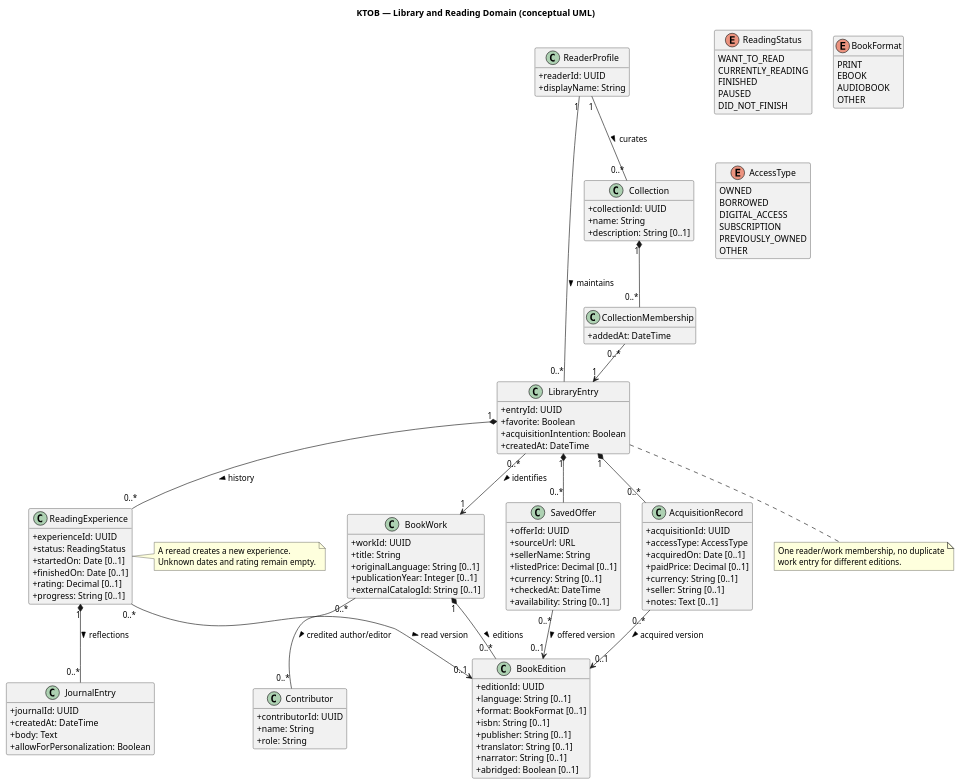
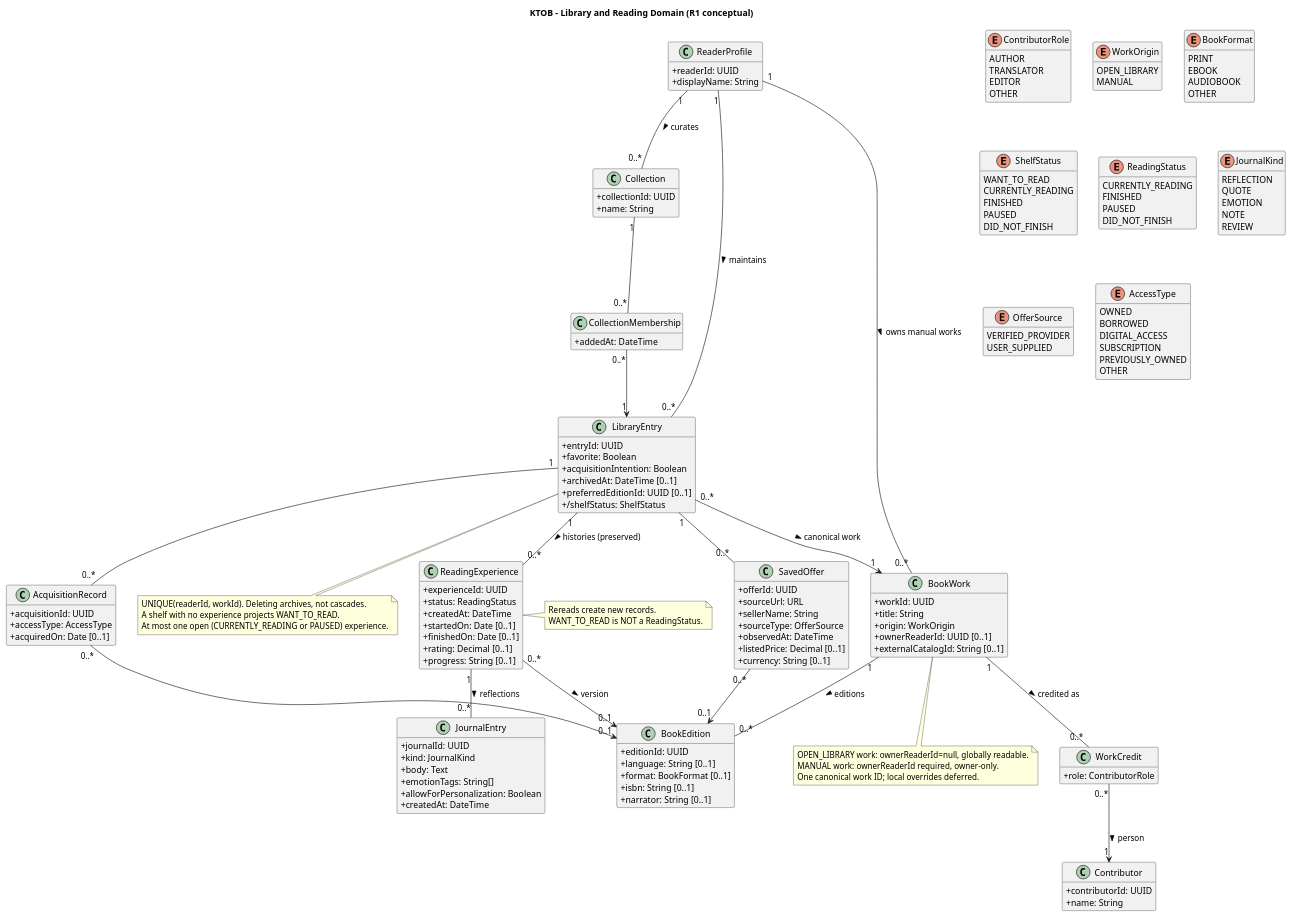
Before and after one commit to Adam-BArbia/ktob-literary-companion: the diagram in docs/uml/02-domain-library.puml, drawn with PlantUML. The commit also changed 15 other files, not shown here.

Commit message:
docs(uml): reconcile consent, reading, ownership, offers and export across 16 diagrams

```diff
--- a/docs/uml/02-domain-library.puml
+++ b/docs/uml/02-domain-library.puml
@@ -1,121 +1,155 @@
 @startuml KTOB_02_domain_library
-title KTOB — Library and Reading Domain (conceptual UML)
+title KTOB - Library and Reading Domain (R1 conceptual)
 hide empty methods
 skinparam classAttributeIconSize 0
 class ReaderProfile {
  +readerId: UUID
  +displayName: String
 }
 class BookWork {
  +workId: UUID
  +title: String
- +originalLanguage: String [0..1]
- +publicationYear: Integer [0..1]
+ +origin: WorkOrigin
+ +ownerReaderId: UUID [0..1]
  +externalCatalogId: String [0..1]
 }
 class Contributor {
  +contributorId: UUID
  +name: String
- +role: String
+}
+class WorkCredit {
+ +role: ContributorRole
+}
+enum ContributorRole {
+ AUTHOR
+ TRANSLATOR
+ EDITOR
+ OTHER
+}
+enum WorkOrigin {
+ OPEN_LIBRARY
+ MANUAL
 }
 class BookEdition {
  +editionId: UUID
  +language: String [0..1]
  +format: BookFormat [0..1]
  +isbn: String [0..1]
- +publisher: String [0..1]
- +translator: String [0..1]
  +narrator: String [0..1]
- +abridged: Boolean [0..1]
+}
+enum BookFormat {
+ PRINT
+ EBOOK
+ AUDIOBOOK
+ OTHER
 }
 class LibraryEntry {
  +entryId: UUID
  +favorite: Boolean
  +acquisitionIntention: Boolean
- +createdAt: DateTime
+ +archivedAt: DateTime [0..1]
+ +preferredEditionId: UUID [0..1]
+ +/shelfStatus: ShelfStatus
+}
+enum ShelfStatus {
+ WANT_TO_READ
+ CURRENTLY_READING
+ FINISHED
+ PAUSED
+ DID_NOT_FINISH
 }
 class ReadingExperience {
  +experienceId: UUID
  +status: ReadingStatus
+ +createdAt: DateTime
  +startedOn: Date [0..1]
  +finishedOn: Date [0..1]
  +rating: Decimal [0..1]
  +progress: String [0..1]
 }
+enum ReadingStatus {
+ CURRENTLY_READING
+ FINISHED
+ PAUSED
+ DID_NOT_FINISH
+}
 class JournalEntry {
  +journalId: UUID
+ +kind: JournalKind
+ +body: Text
+ +emotionTags: String[]
+ +allowForPersonalization: Boolean
  +createdAt: DateTime
- +body: Text
- +allowForPersonalization: Boolean
+}
+enum JournalKind {
+ REFLECTION
+ QUOTE
+ EMOTION
+ NOTE
+ REVIEW
 }
 class Collection {
  +collectionId: UUID
  +name: String
- +description: String [0..1]
 }
 class CollectionMembership {
  +addedAt: DateTime
 }
 class SavedOffer {
  +offerId: UUID
  +sourceUrl: URL
  +sellerName: String
+ +sourceType: OfferSource
+ +observedAt: DateTime
  +listedPrice: Decimal [0..1]
  +currency: String [0..1]
- +checkedAt: DateTime
- +availability: String [0..1]
+}
+enum OfferSource {
+ VERIFIED_PROVIDER
+ USER_SUPPLIED
 }
 class AcquisitionRecord {
  +acquisitionId: UUID
  +accessType: AccessType
  +acquiredOn: Date [0..1]
- +paidPrice: Decimal [0..1]
- +currency: String [0..1]
- +seller: String [0..1]
- +notes: Text [0..1]
-}
-enum ReadingStatus {
- WANT_TO_READ
- CURRENTLY_READING
- FINISHED
- PAUSED
- DID_NOT_FINISH
-}
-enum BookFormat {
- PRINT
- EBOOK
- AUDIOBOOK
- OTHER
 }
 enum AccessType {
  OWNED
  BORROWED
  DIGITAL_ACCESS
  SUBSCRIPTION
  PREVIOUSLY_OWNED
  OTHER
 }
 
+ReaderProfile "1" -- "0..*" BookWork : owns manual works >
 ReaderProfile "1" -- "0..*" LibraryEntry : maintains >
-LibraryEntry "0..*" --> "1" BookWork : identifies >
-BookWork "0..*" -- "0..*" Contributor : credited author/editor >
-BookWork "1" *-- "0..*" BookEdition : editions >
-LibraryEntry "1" *-- "0..*" ReadingExperience : history >
-ReadingExperience "0..*" --> "0..1" BookEdition : read version >
-ReadingExperience "1" *-- "0..*" JournalEntry : reflections >
+LibraryEntry "0..*" --> "1" BookWork : canonical work >
+BookWork "1" -- "0..*" BookEdition : editions >
+BookWork "1" -- "0..*" WorkCredit : credited as >
+WorkCredit "0..*" --> "1" Contributor : person >
+LibraryEntry "1" -- "0..*" ReadingExperience : histories (preserved) >
+ReadingExperience "0..*" --> "0..1" BookEdition : version >
+ReadingExperience "1" -- "0..*" JournalEntry : reflections >
 ReaderProfile "1" -- "0..*" Collection : curates >
-Collection "1" *-- "0..*" CollectionMembership
+Collection "1" -- "0..*" CollectionMembership
 CollectionMembership "0..*" --> "1" LibraryEntry
-LibraryEntry "1" *-- "0..*" SavedOffer
-SavedOffer "0..*" --> "0..1" BookEdition : offered version >
-LibraryEntry "1" *-- "0..*" AcquisitionRecord
-AcquisitionRecord "0..*" --> "0..1" BookEdition : acquired version >
-note right of ReadingExperience
-A reread creates a new experience.
-Unknown dates and rating remain empty.
+LibraryEntry "1" -- "0..*" SavedOffer
+SavedOffer "0..*" --> "0..1" BookEdition
+LibraryEntry "1" -- "0..*" AcquisitionRecord
+AcquisitionRecord "0..*" --> "0..1" BookEdition
+note bottom of BookWork
+OPEN_LIBRARY work: ownerReaderId=null, globally readable.
+MANUAL work: ownerReaderId required, owner-only.
+One canonical work ID; local overrides deferred.
 end note
 note bottom of LibraryEntry
-One reader/work membership, no duplicate
-work entry for different editions.
+UNIQUE(readerId, workId). Deleting archives, not cascades.
+A shelf with no experience projects WANT_TO_READ.
+At most one open (CURRENTLY_READING or PAUSED) experience.
+end note
+note right of ReadingExperience
+Rereads create new records.
+WANT_TO_READ is NOT a ReadingStatus.
 end note
 @enduml
```
